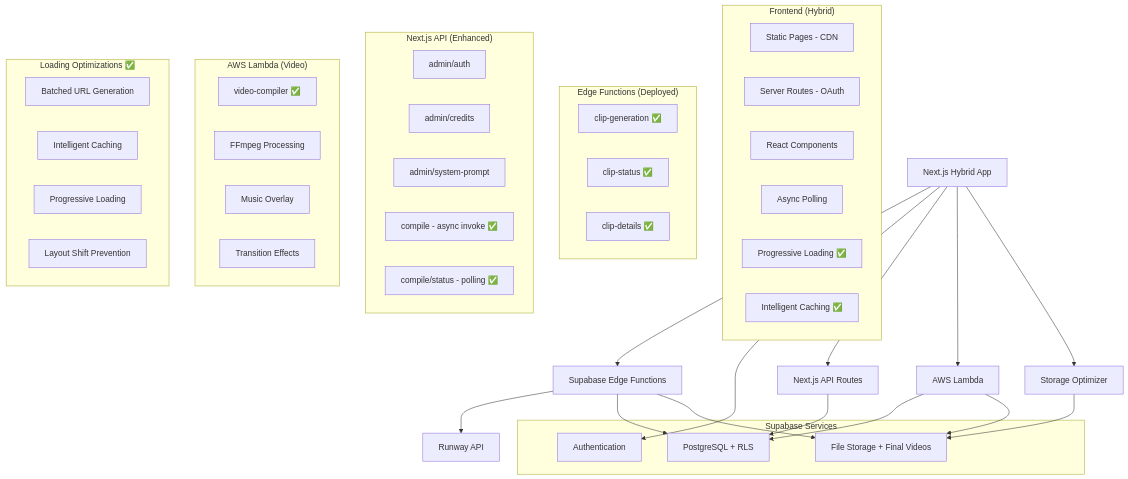
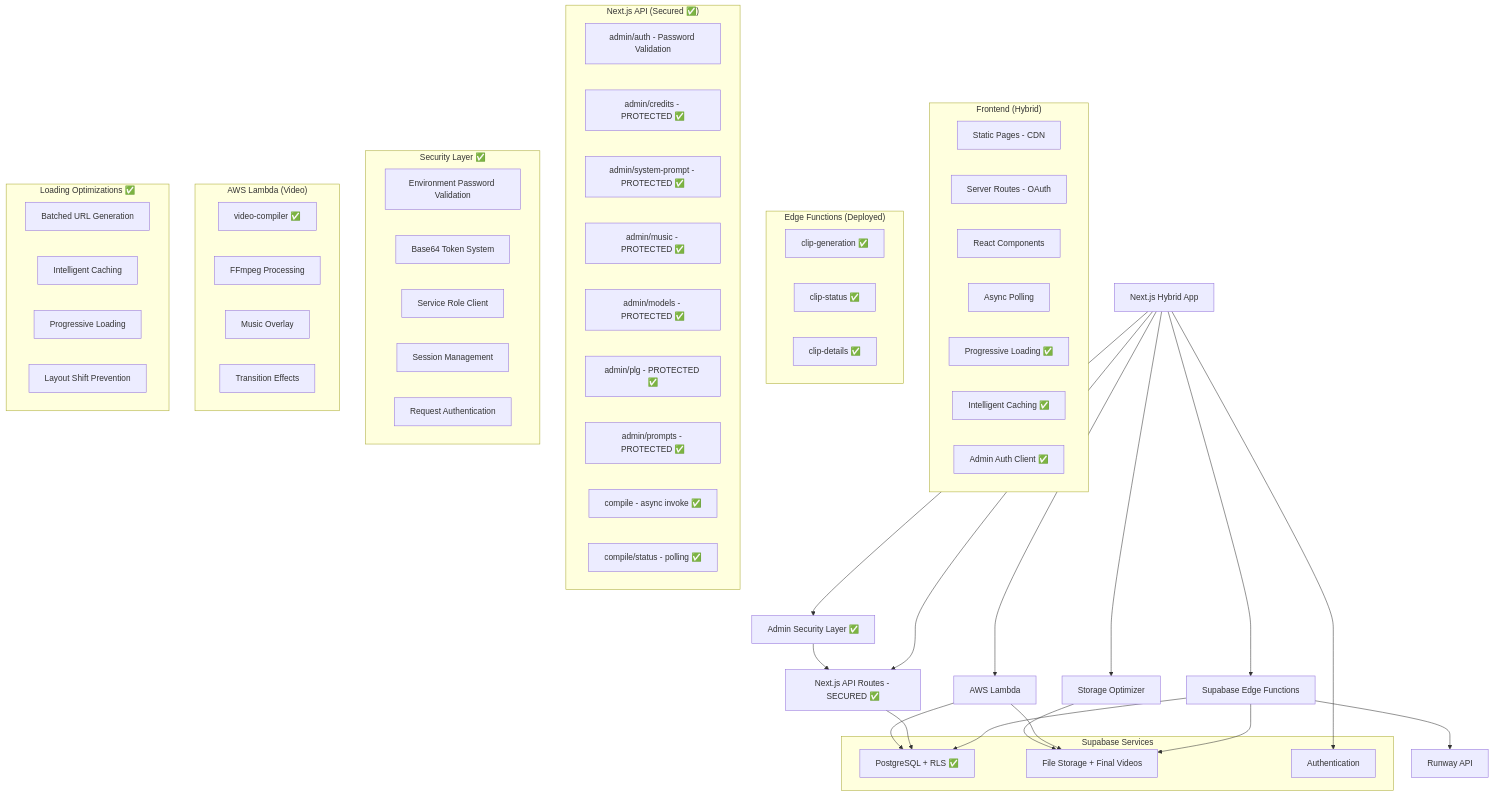
The diagram in memory-bank/systemPatterns.md (SagieGrun/echoes-video-creator), drawn with Mermaid before and after one commit. The commit also changed other lines of this file and 7 other files, not shown here.

First line of the commit message:
🔧 FIX: Restore music upload/delete functionality after security hardening

````diff
--- a/memory-bank/systemPatterns.md
+++ b/memory-bank/systemPatterns.md
@@ -5,58 +5,73 @@
 ```mermaid
 flowchart TD
     A[Next.js Hybrid App] --> B[Supabase Edge Functions]
     B --> C[Runway API]
     B --> D[Supabase Database]
     B --> E[Supabase Storage]
     A --> F[Supabase Auth]
-    A --> G[Next.js API Routes]
+    A --> G[Next.js API Routes - SECURED ✅]
     G --> D
     A --> H[AWS Lambda]
     H --> D
     H --> E
     A --> I[Storage Optimizer]
     I --> E
+    A --> J[Admin Security Layer ✅]
+    J --> G
     
     subgraph "Frontend (Hybrid)"
         A1[Static Pages - CDN]
         A2[Server Routes - OAuth]
         A3[React Components]
         A4[Async Polling]
         A5[Progressive Loading ✅]
         A6[Intelligent Caching ✅]
+        A7[Admin Auth Client ✅]
     end
     
     subgraph "Edge Functions (Deployed)"
         B1[clip-generation ✅]
         B2[clip-status ✅]
         B3[clip-details ✅]
     end
     
-    subgraph "Next.js API (Enhanced)"
-        G1[admin/auth]
-        G2[admin/credits]
-        G3[admin/system-prompt]
-        G4[compile - async invoke ✅]
-        G5[compile/status - polling ✅]
+    subgraph "Next.js API (Secured ✅)"
+        G1[admin/auth - Password Validation]
+        G2[admin/credits - PROTECTED ✅]
+        G3[admin/system-prompt - PROTECTED ✅]
+        G4[admin/music - PROTECTED ✅]
+        G5[admin/models - PROTECTED ✅]
+        G6[admin/plg - PROTECTED ✅]
+        G7[admin/prompts - PROTECTED ✅]
+        G8[compile - async invoke ✅]
+        G9[compile/status - polling ✅]
+    end
+    
+    subgraph "Security Layer ✅"
+        J1[Environment Password Validation]
+        J2[Base64 Token System]
+        J3[Service Role Client]
+        J4[Session Management]
+        J5[Request Authentication]
     end
     
     subgraph "AWS Lambda (Video)"
         H1[video-compiler ✅]
         H2[FFmpeg Processing]
         H3[Music Overlay]
         H4[Transition Effects]
     end
     
     subgraph "Loading Optimizations ✅"
         I1[Batched URL Generation]
         I2[Intelligent Caching]
         I3[Progressive Loading]
         I4[Layout Shift Prevention]
     end
     
     subgraph "Supabase Services"
-        D[PostgreSQL + RLS]
+        D[PostgreSQL + RLS ✅]
         E[File Storage + Final Videos]
         F[Authentication]
     end
 ```
````
